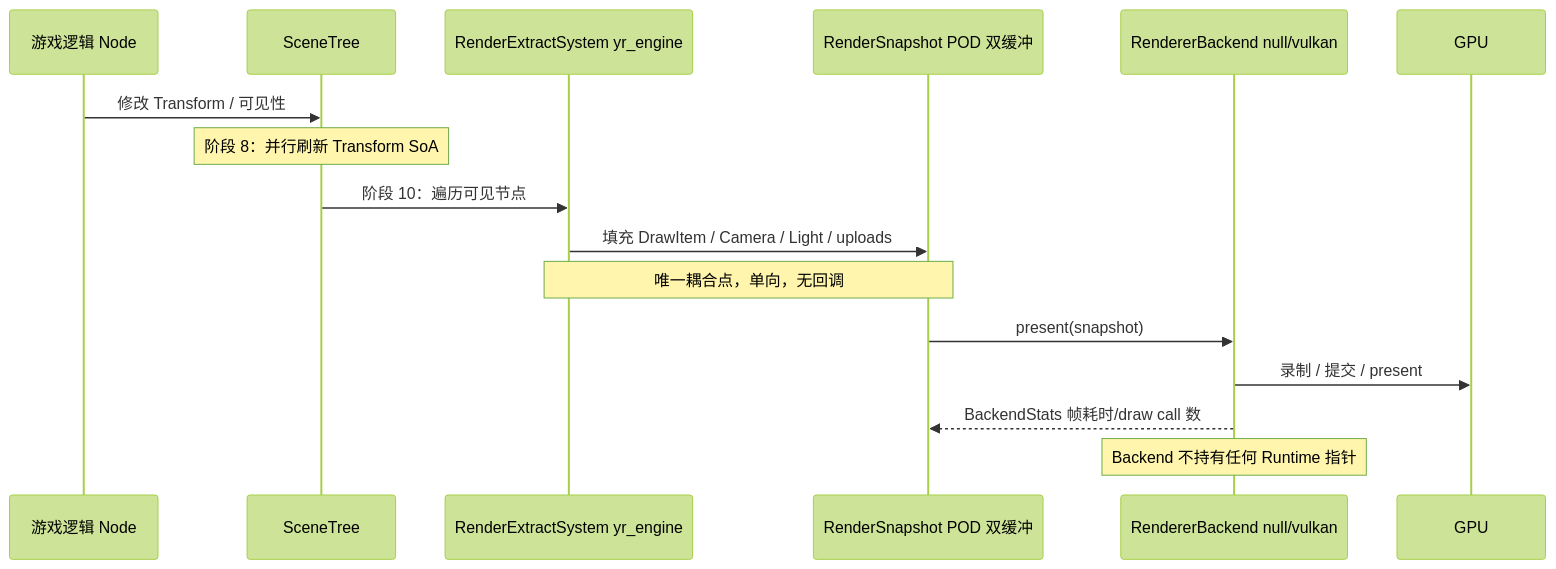
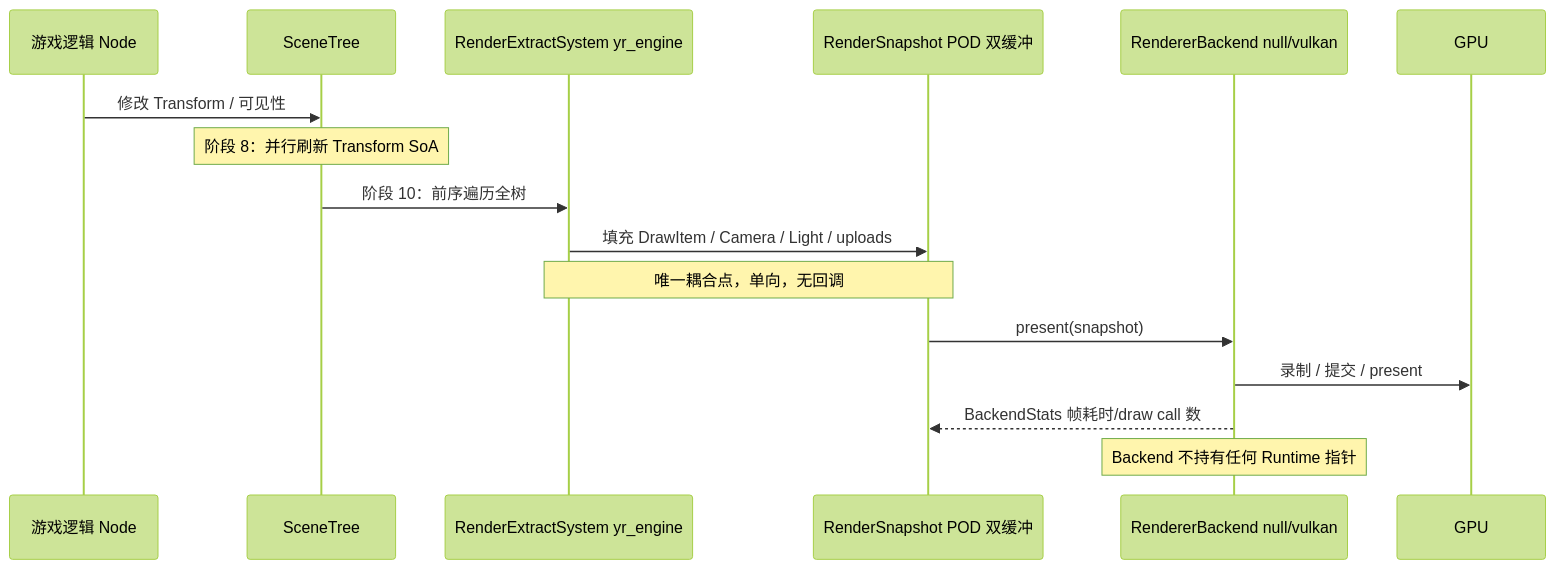
Before and after one commit to yoyorm/YRuntime: the second of 2 diagrams in doc/01-architecture.md, drawn with Mermaid (forest theme). The commit also changed other lines of this file and 36 other files, not shown here.

````diff
--- a/doc/01-architecture.md
+++ b/doc/01-architecture.md
@@ -716,19 +727,19 @@
 ```mermaid
 sequenceDiagram
     participant G as 游戏逻辑 Node
     participant T as SceneTree
     participant X as RenderExtractSystem yr_engine
     participant S as RenderSnapshot POD 双缓冲
     participant B as RendererBackend null/vulkan
     participant GPU as GPU
 
     G->>T: 修改 Transform / 可见性
     Note over T: 阶段 8：并行刷新 Transform SoA
-    T->>X: 阶段 10：遍历可见节点
+    T->>X: 阶段 10：前序遍历全树
     X->>S: 填充 DrawItem / Camera / Light / uploads
     Note over X,S: 唯一耦合点，单向，无回调
     S->>B: present(snapshot)
     B->>GPU: 录制 / 提交 / present
     B-->>S: BackendStats 帧耗时/draw call 数
     Note over B: Backend 不持有任何 Runtime 指针
 ```
````
